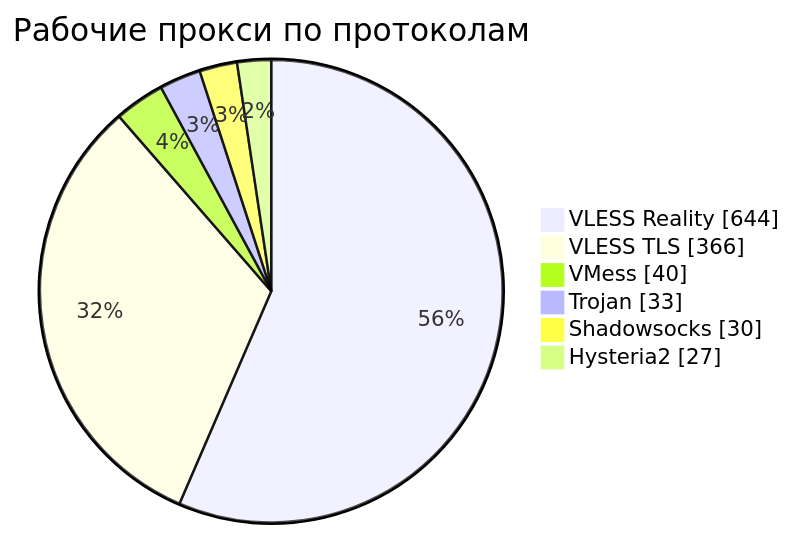
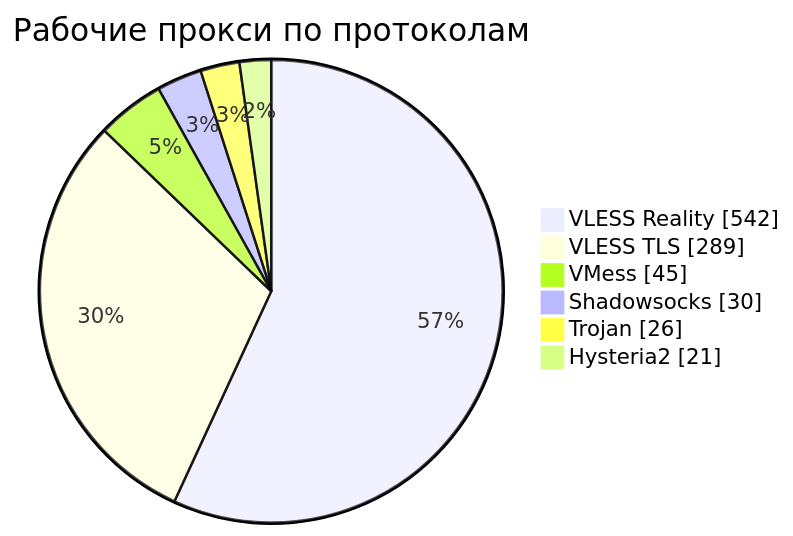
One commit to rvvg/proxy-subs changed the third of 4 diagrams in README.md. Above: the diagram before and after it, drawn with Mermaid. The commit also changed other lines of this file and 62 other files, not shown here.

````diff
--- a/README.md
+++ b/README.md
@@ -151,10 +145,10 @@
 ```mermaid
 pie showData
     title Рабочие прокси по протоколам
-    "VLESS Reality" : 644
-    "VLESS TLS" : 366
-    "VMess" : 40
-    "Trojan" : 33
+    "VLESS Reality" : 542
+    "VLESS TLS" : 289
+    "VMess" : 45
     "Shadowsocks" : 30
-    "Hysteria2" : 27
+    "Trojan" : 26
+    "Hysteria2" : 21
 ```
````
